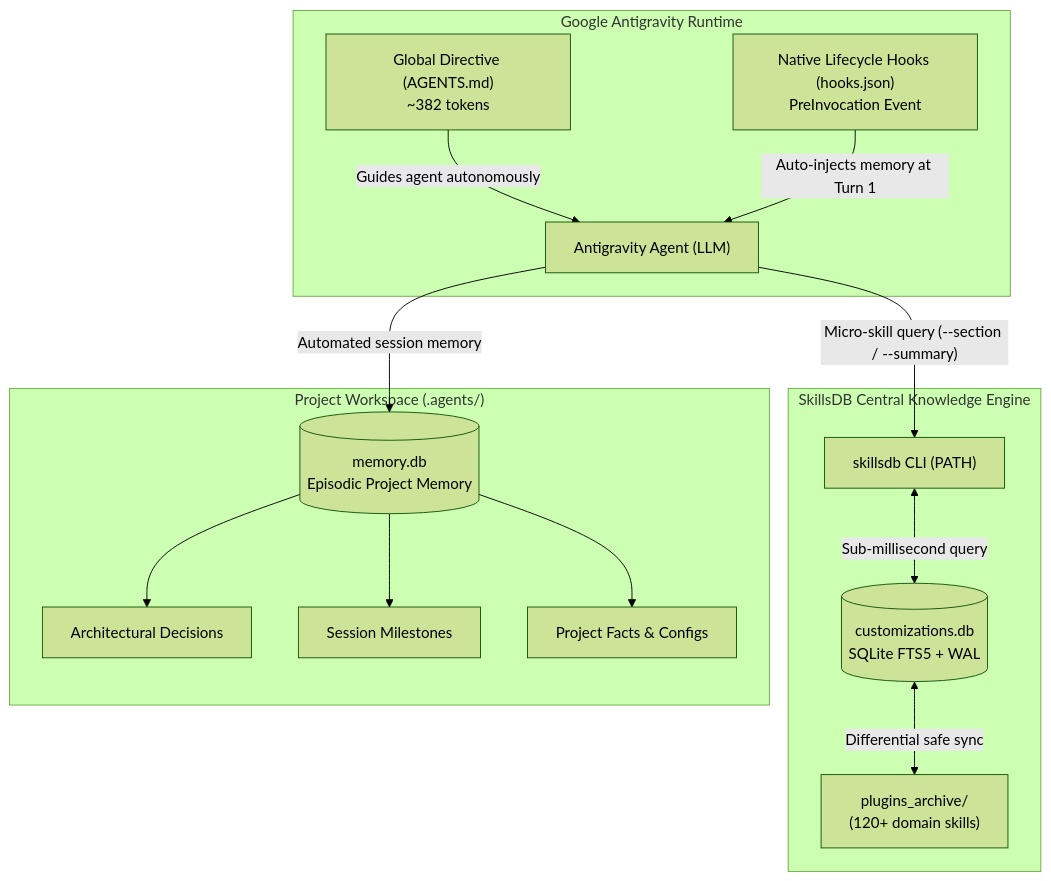
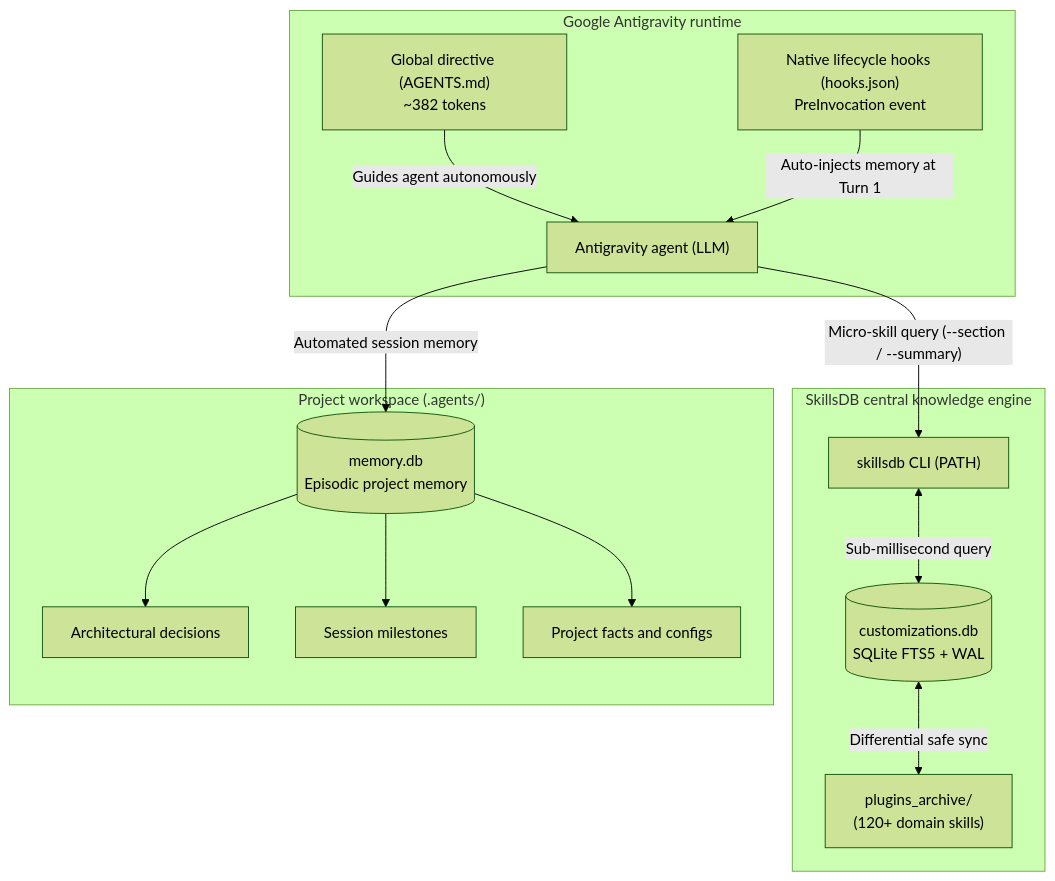
One commit to scorpion421/skillsdb changed the second of 2 diagrams in README.md. Above: the diagram before and after it, drawn with Mermaid (forest theme). The commit also changed other lines of this file, not shown here.

````diff
--- a/README.md
+++ b/README.md
@@ -100,31 +98,31 @@
 ```mermaid
 flowchart TD
-    subgraph Antigravity ["Google Antigravity Runtime"]
-        Agent["Antigravity Agent (LLM)"]
-        Directive["Global Directive (AGENTS.md)\n~382 tokens"]
-        Hooks["Native Lifecycle Hooks (hooks.json)\nPreInvocation Event"]
+    subgraph Antigravity ["Google Antigravity runtime"]
+        Agent["Antigravity agent (LLM)"]
+        Directive["Global directive (AGENTS.md)\n~382 tokens"]
+        Hooks["Native lifecycle hooks (hooks.json)\nPreInvocation event"]
     end
 
-    subgraph CentralEngine ["SkillsDB Central Knowledge Engine"]
+    subgraph CentralEngine ["SkillsDB central knowledge engine"]
         CLI["skillsdb CLI (PATH)"]
         CentralDB[("customizations.db\nSQLite FTS5 + WAL")]
         PluginArchive["plugins_archive/\n(120+ domain skills)"]
     end
 
-    subgraph ProjectWorkspace ["Project Workspace (.agents/)"]
-        MemDB[("memory.db\nEpisodic Project Memory")]
-        Decisions["Architectural Decisions"]
-        Snapshots["Session Milestones"]
-        Facts["Project Facts & Configs"]
+    subgraph ProjectWorkspace ["Project workspace (.agents/)"]
+        MemDB[("memory.db\nEpisodic project memory")]
+        Decisions["Architectural decisions"]
+        Snapshots["Session milestones"]
+        Facts["Project facts and configs"]
     end
 
     Directive -->|"Guides agent autonomously"| Agent
     Hooks -->|"Auto-injects memory at Turn 1"| Agent
     Agent -->|"Micro-skill query (--section / --summary)"| CLI
     CLI <-->|"Sub-millisecond query"| CentralDB
     CentralDB <-->|"Differential safe sync"| PluginArchive
     Agent -->|"Automated session memory"| MemDB
     MemDB --> Decisions
     MemDB --> Snapshots
     MemDB --> Facts
 ```
````
